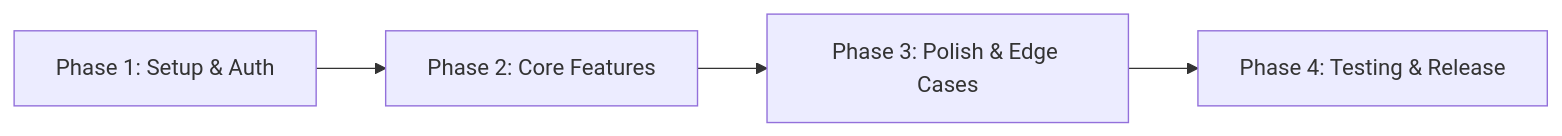
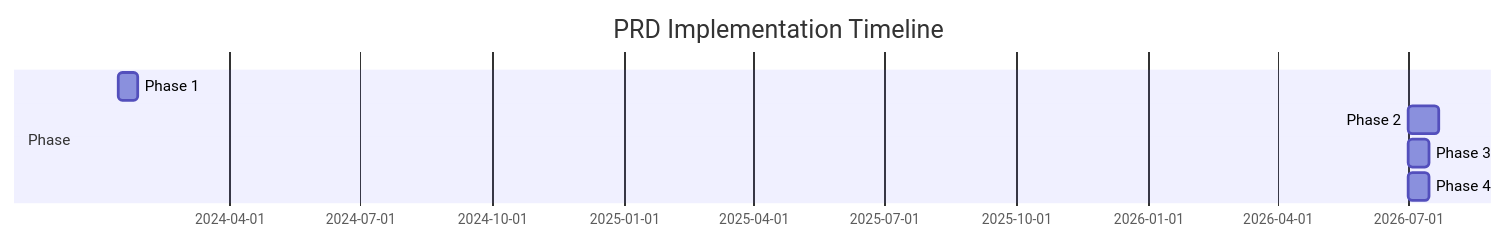
Before and after one commit to IrfanNawawi/RiskoFlow: the fifth of 5 diagrams in docs/PRD-TEMPLATE.md, drawn with Mermaid. The commit also changed other lines of this file and 14 other files, not shown here.

````diff
--- a/docs/PRD-TEMPLATE.md
+++ b/docs/PRD-TEMPLATE.md
@@ -191,6 +664,9 @@
 ```mermaid
-flowchart LR
-    P1[Phase 1: Setup & Auth] --> P2[Phase 2: Core Features]
-    P2 --> P3[Phase 3: Polish & Edge Cases]
-    P3 --> P4[Phase 4: Testing & Release]
+gantt
+    title PRD Implementation Timeline
+    section Phase
+    Phase 1: Setup & Auth: p1, 2024-01-15, 14d
+    Phase 2: Core Features: p2, after p1, 21d
+    Phase 3: Polish & Edge Cases: p3, after p2, 14d
+    Phase 4: Testing & Release: p4, after p3, 14d
 ```
````
